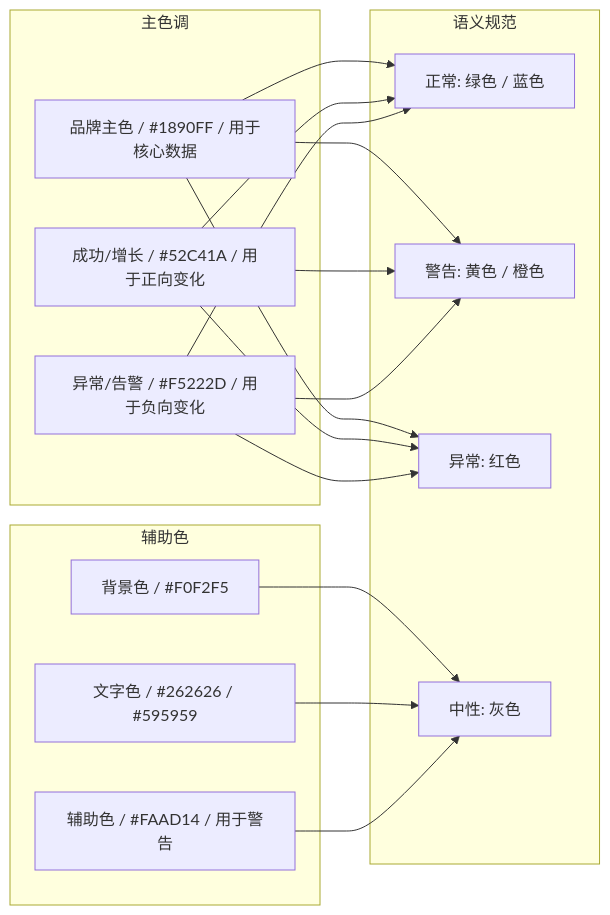
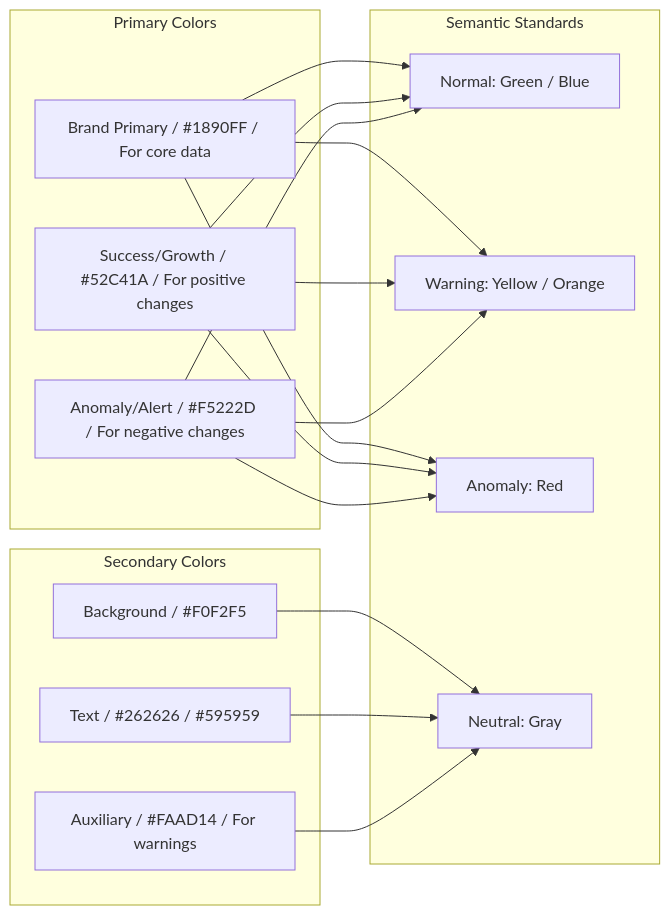
One commit to Kirky-X/cangjie changed the sixth of 9 diagrams in templates/产品/运营层/【模板】数据看板.md. Above: the diagram before and after it, drawn with Mermaid. The commit also changed other lines of this file and 46 other files, not shown here.

````diff
--- a/templates/产品/运营层/【模板】数据看板.md
+++ b/templates/产品/运营层/【模板】数据看板.md
@@ -264,36 +264,36 @@
 ```mermaid
 
 
 flowchart LR
-    subgraph "主色调"
-        C1["品牌主色 / #1890FF / 用于核心数据"]
-        C2["成功/增长 / #52C41A / 用于正向变化"]
-        C3["异常/告警 / #F5222D / 用于负向变化"]
+    subgraph "Primary Colors"
+        C1["Brand Primary / #1890FF / For core data"]
+        C2["Success/Growth / #52C41A / For positive changes"]
+        C3["Anomaly/Alert / #F5222D / For negative changes"]
     end
 
-    subgraph "辅助色"
-        A1["背景色 / #F0F2F5"]
-        A2["文字色 / #262626 / #595959"]
-        A3["辅助色 / #FAAD14 / 用于警告"]
+    subgraph "Secondary Colors"
+        A1["Background / #F0F2F5"]
+        A2["Text / #262626 / #595959"]
+        A3["Auxiliary / #FAAD14 / For warnings"]
     end
 
-    subgraph "语义规范"
-        S1["正常: 绿色 / 蓝色"]
-        S2["警告: 黄色 / 橙色"]
-        S3["异常: 红色"]
-        S4["中性: 灰色"]
+    subgraph "Semantic Standards"
+        S1["Normal: Green / Blue"]
+        S2["Warning: Yellow / Orange"]
+        S3["Anomaly: Red"]
+        S4["Neutral: Gray"]
     end
 
     C1 --> S1
     C1 --> S2
     C1 --> S3
     C2 --> S1
     C2 --> S2
     C2 --> S3
     C3 --> S1
     C3 --> S2
     C3 --> S3
     A1 --> S4
     A2 --> S4
     A3 --> S4
 ```
````
